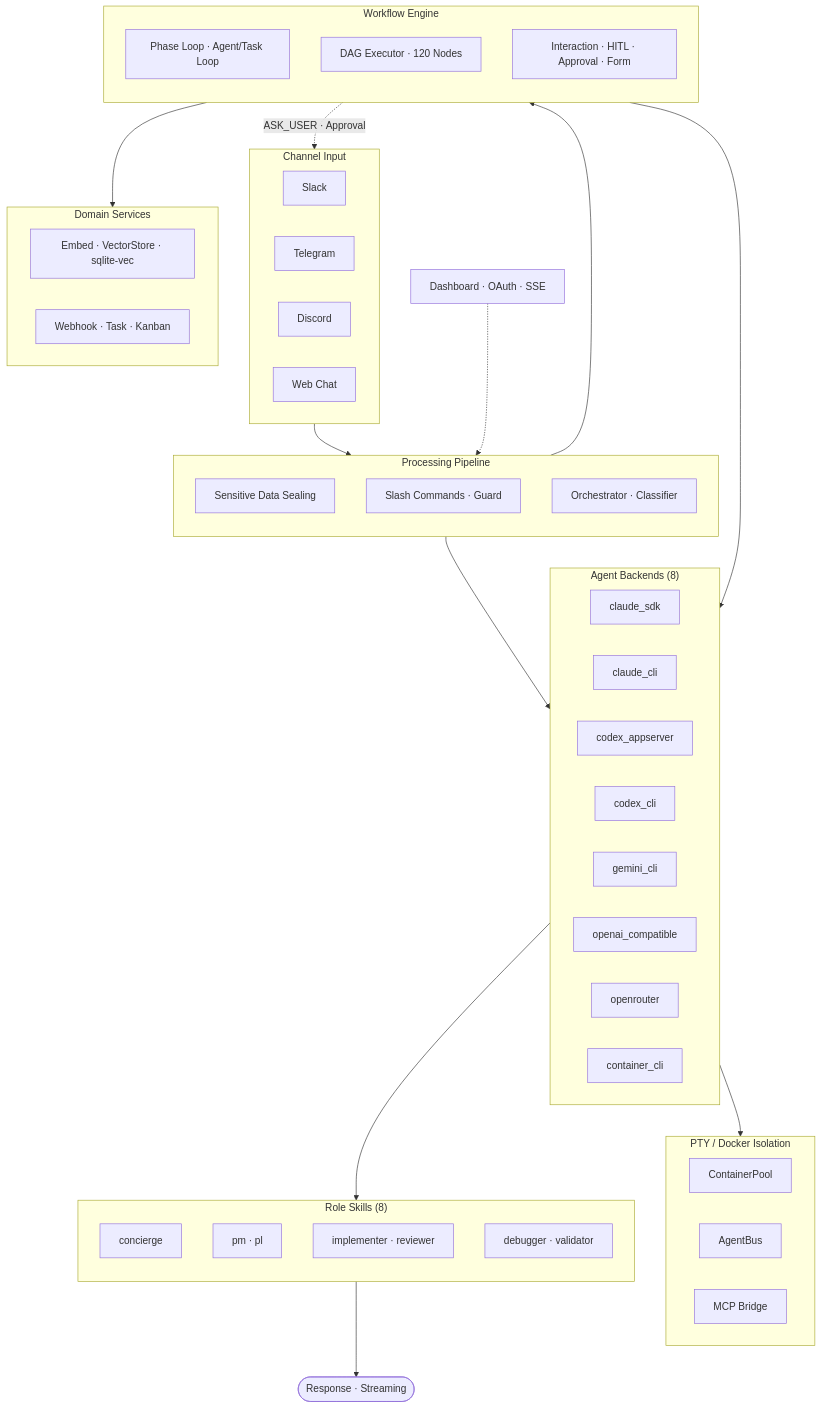
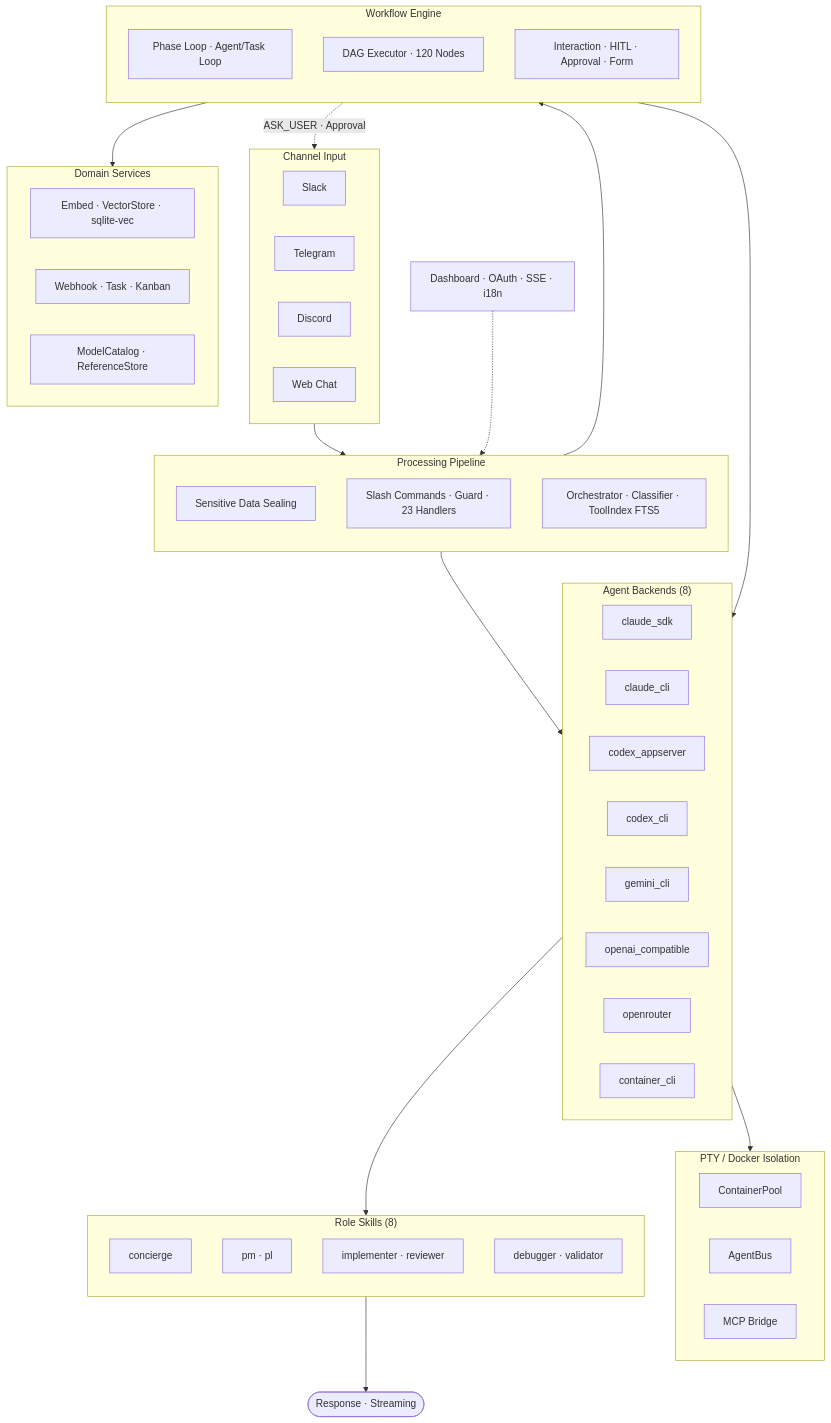
The diagram in docs/README.en.md (berrzebb/SoulFlow-Orchestrator), drawn with Mermaid before and after one commit. The commit also changed 2 other files, not shown here.

Commit message:
docs: README 다이어그램 동기화 — Workflows·Services·ToolIndex·i18n 서브그래프 추가
- README.md: mermaid 아키텍처 다이어그램에 Workflows/Services 서브그래프 신규
  - Pipeline: ToolIndex FTS5 · 23종 핸들러 반영
  - Services: ModelCatalog · ReferenceStore 추가
  - Dashboard: i18n 명시
- README.md: 워크플로우 엔진·도메인 서비스 행 추가, openrouter 백엔드 추가
- README.md: Kanban 페이지·Workspace 10탭·슬래시 커맨드 4종 추가·디렉터리 구조 전면 갱신
- README.{en,ko}.md: 동일 다이어그램 변경 (ToolIndex·Services·i18n)

````diff
--- a/docs/README.en.md
+++ b/docs/README.en.md
@@ -23,70 +23,71 @@
 ```mermaid
 flowchart TD
     subgraph Channels["Channel Input"]
         direction LR
         SL[Slack]
         TG[Telegram]
         DS[Discord]
         WEB[Web Chat]
     end
 
     subgraph Pipeline["Processing Pipeline"]
         direction TB
         SEAL[Sensitive Data Sealing]
-        CMD[Slash Commands · Guard]
-        ORCH[Orchestrator · Classifier]
+        CMD[Slash Commands · Guard · 23 Handlers]
+        ORCH[Orchestrator · Classifier · ToolIndex FTS5]
     end
 
     subgraph Backends["Agent Backends (8)"]
         direction LR
         CSDK[claude_sdk]
         CCLI[claude_cli]
         CAPPS[codex_appserver]
         CCLIX[codex_cli]
         GCLI[gemini_cli]
         OAI[openai_compatible]
         ORT[openrouter]
         CTR[container_cli]
     end
 
     subgraph Workflows["Workflow Engine"]
         direction TB
         PL[Phase Loop · Agent/Task Loop]
         DAG[DAG Executor · 120 Nodes]
         INTERACT[Interaction · HITL · Approval · Form]
     end
 
     subgraph PTY["PTY / Docker Isolation"]
         direction LR
         POOL[ContainerPool]
         BUS[AgentBus]
         BRIDGE[MCP Bridge]
     end
 
     subgraph Skills["Role Skills (8)"]
         direction TB
         BT[concierge]
         PM[pm · pl]
         IMPL[implementer · reviewer]
         DBG[debugger · validator]
     end
 
     subgraph Services["Domain Services"]
         direction LR
         EMBED[Embed · VectorStore · sqlite-vec]
         WEBHOOK[Webhook · Task · Kanban]
+        CATALOG[ModelCatalog · ReferenceStore]
     end
 
-    DASH[Dashboard · OAuth · SSE]
+    DASH[Dashboard · OAuth · SSE · i18n]
 
     Channels --> Pipeline
     Pipeline --> Backends
     Pipeline --> Workflows
     Workflows --> Backends
     INTERACT -.->|ASK_USER · Approval| Channels
     CTR --> PTY
     Backends --> Skills
     Skills --> OUT([Response · Streaming])
     Workflows --> Services
     DASH -.-> Pipeline
 ```
````
